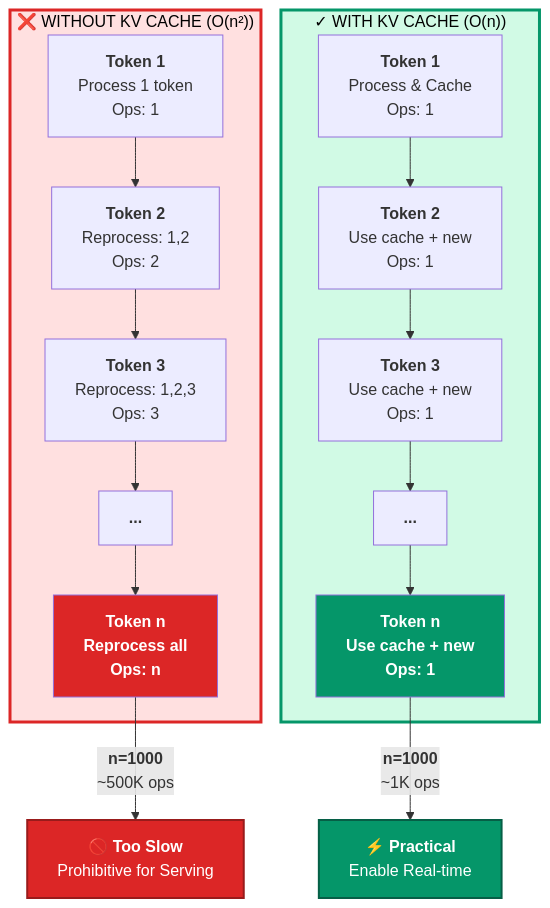
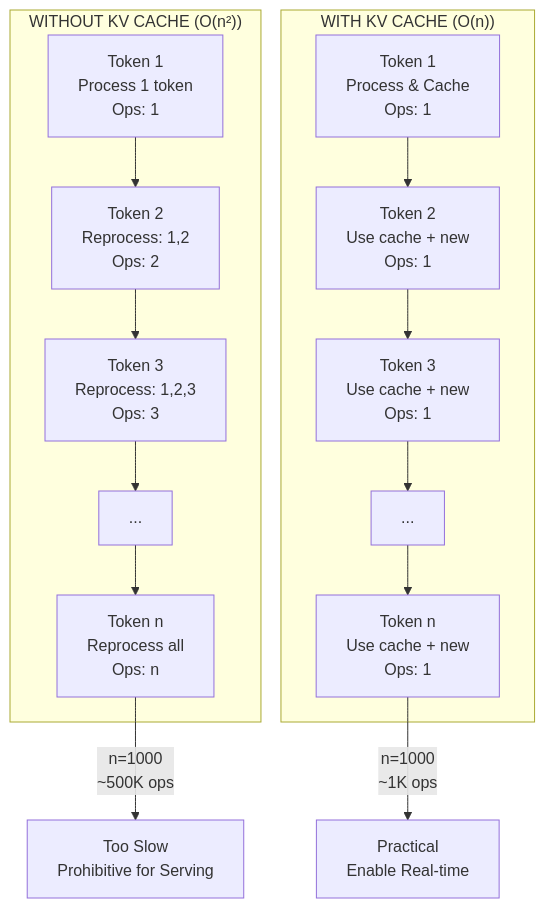
One commit to Shahriarin2garden/vllm_from_scratch changed the first of 9 diagrams in lab0.3/README.md. Above: the diagram before and after it, drawn with Mermaid. The commit also changed other lines of this file, not shown here.

Commit message:
Refactor mermaid diagrams in Lab 0.3 README for improved readability and consistency

````diff
--- a/lab0.3/README.md
+++ b/lab0.3/README.md
@@ -77,26 +77,19 @@
 ```mermaid
 graph TD
-    subgraph NO["❌ WITHOUT KV CACHE (O(n²))"]
-        NC1["<b>Token 1</b><br/>Process 1 token<br/>Ops: 1"] --> NC2["<b>Token 2</b><br/>Reprocess: 1,2<br/>Ops: 2"]
-        NC2 --> NC3["<b>Token 3</b><br/>Reprocess: 1,2,3<br/>Ops: 3"]
-        NC3 --> NC4["<b>...</b>"]
-        NC4 --> NC5["<b>Token n</b><br/>Reprocess all<br/>Ops: n"]
+    subgraph NO["WITHOUT KV CACHE (O(n²))"]
+        NC1["Token 1<br/>Process 1 token<br/>Ops: 1"] --> NC2["Token 2<br/>Reprocess: 1,2<br/>Ops: 2"]
+        NC2 --> NC3["Token 3<br/>Reprocess: 1,2,3<br/>Ops: 3"]
+        NC3 --> NC4["..."]
+        NC4 --> NC5["Token n<br/>Reprocess all<br/>Ops: n"]
     end
     
-    subgraph YES["✓ WITH KV CACHE (O(n))"]
-        WC1["<b>Token 1</b><br/>Process & Cache<br/>Ops: 1"] --> WC2["<b>Token 2</b><br/>Use cache + new<br/>Ops: 1"]
-        WC2 --> WC3["<b>Token 3</b><br/>Use cache + new<br/>Ops: 1"]
-        WC3 --> WC4["<b>...</b>"]
-        WC4 --> WC5["<b>Token n</b><br/>Use cache + new<br/>Ops: 1"]
+    subgraph YES["WITH KV CACHE (O(n))"]
+        WC1["Token 1<br/>Process & Cache<br/>Ops: 1"] --> WC2["Token 2<br/>Use cache + new<br/>Ops: 1"]
+        WC2 --> WC3["Token 3<br/>Use cache + new<br/>Ops: 1"]
+        WC3 --> WC4["..."]
+        WC4 --> WC5["Token n<br/>Use cache + new<br/>Ops: 1"]
     end
     
-    NC5 -->|"<b>n=1000</b><br/>~500K ops"| Result1["<b style='color:white'>🚫 Too Slow</b><br/>Prohibitive for Serving"]
-    WC5 -->|"<b>n=1000</b><br/>~1K ops"| Result2["<b style='color:white'>⚡ Practical</b><br/>Enable Real-time"]
-    
-    style NO fill:#ffe0e0,stroke:#dc2626,stroke-width:3px,color:#000
-    style YES fill:#d1fae5,stroke:#059669,stroke-width:3px,color:#000
-    style NC5 fill:#dc2626,color:#fff,font-weight:bold
-    style WC5 fill:#059669,color:#fff,font-weight:bold
-    style Result1 fill:#dc2626,color:#fff,stroke:#991b1b,stroke-width:2px
-    style Result2 fill:#059669,color:#fff,stroke:#065f46,stroke-width:2px
+    NC5 -->|"n=1000<br/>~500K ops"| Result1["Too Slow<br/>Prohibitive for Serving"]
+    WC5 -->|"n=1000<br/>~1K ops"| Result2["Practical<br/>Enable Real-time"]
 ```
````
